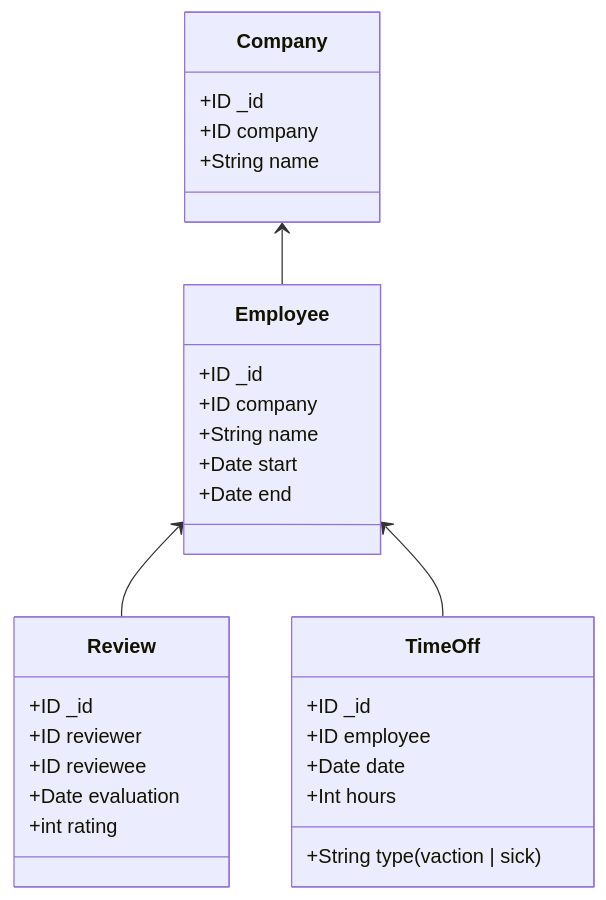
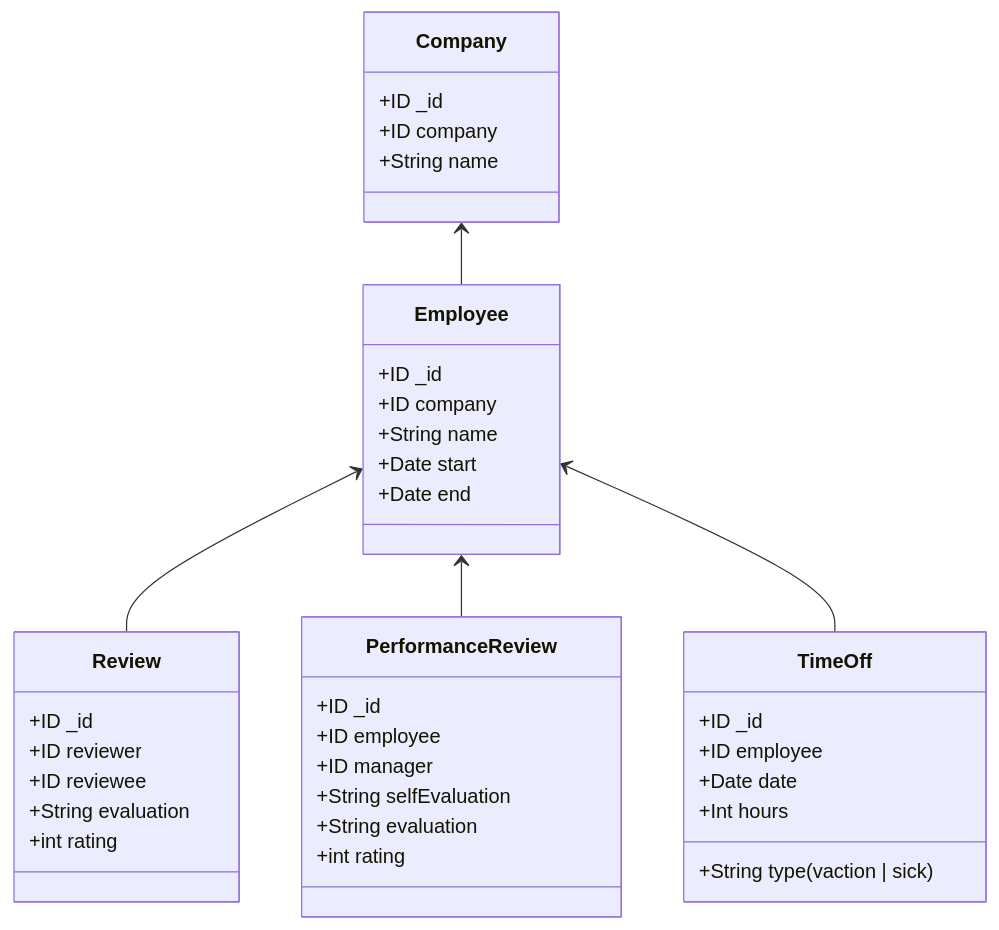
One commit to adamjberg/work changed the diagram in README.md. Above: the diagram before and after it, drawn with Mermaid.

Commit message:
Start to new PerformanceReview model

````diff
--- a/README.md
+++ b/README.md
@@ -7,32 +7,41 @@
 ```mermaid
 classDiagram
     class Company
       Company : +ID _id
       Company : +ID company
       Company : +String name
 
     class Employee
       Employee : +ID _id
       Employee : +ID company
       Employee : +String name
       Employee : +Date start
       Employee : +Date end
 
     class TimeOff
       TimeOff : +ID _id
       TimeOff : +ID employee
       TimeOff : +Date date
       TimeOff : +Int hours
       TimeOff : +String type (vaction | sick)
 
     class Review
       Review : +ID _id
       Review : +ID reviewer
       Review : +ID reviewee
-      Review : +Date evaluation
+      Review : +String evaluation
       Review : +int rating
+      
+    class PerformanceReview
+      PerformanceReview : +ID _id
+      PerformanceReview : +ID employee
+      PerformanceReview : +ID manager
+      PerformanceReview : +String selfEvaluation
+      PerformanceReview : +String evaluation
+      PerformanceReview : +int rating
 
     Company <-- Employee
     Employee <-- Review
+    Employee <-- PerformanceReview
     Employee <-- TimeOff
 ```
````
